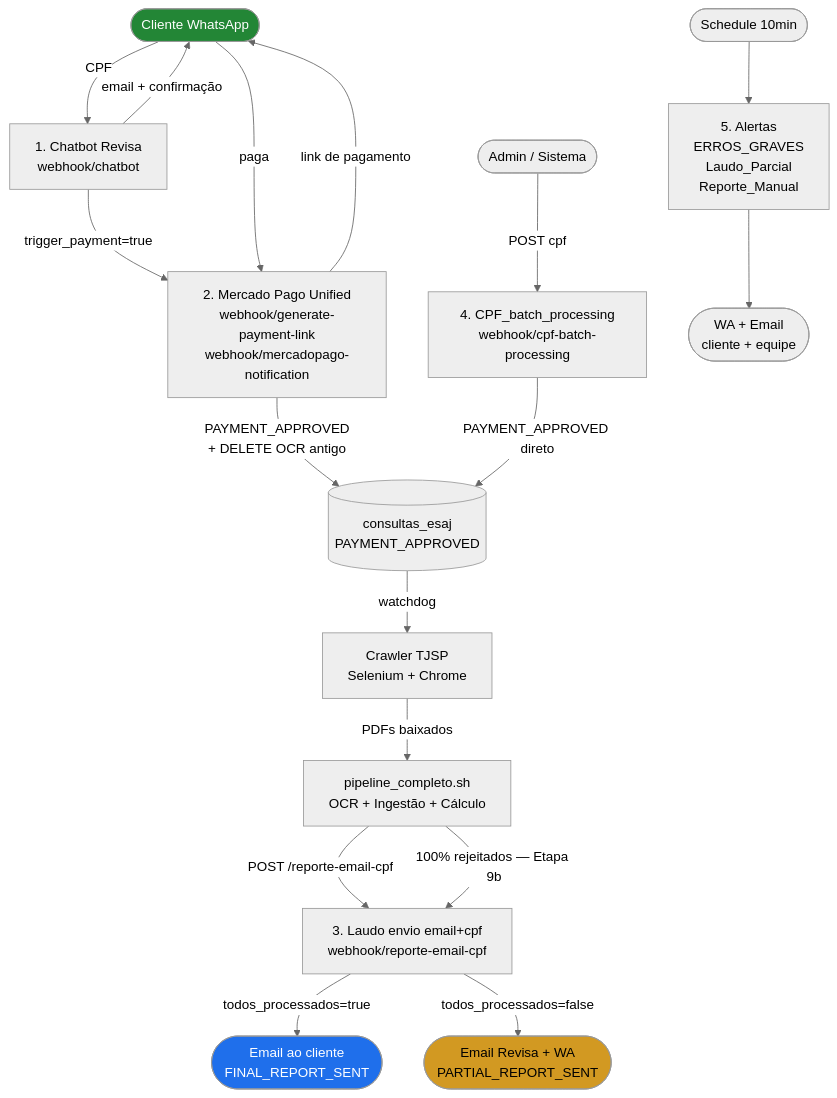
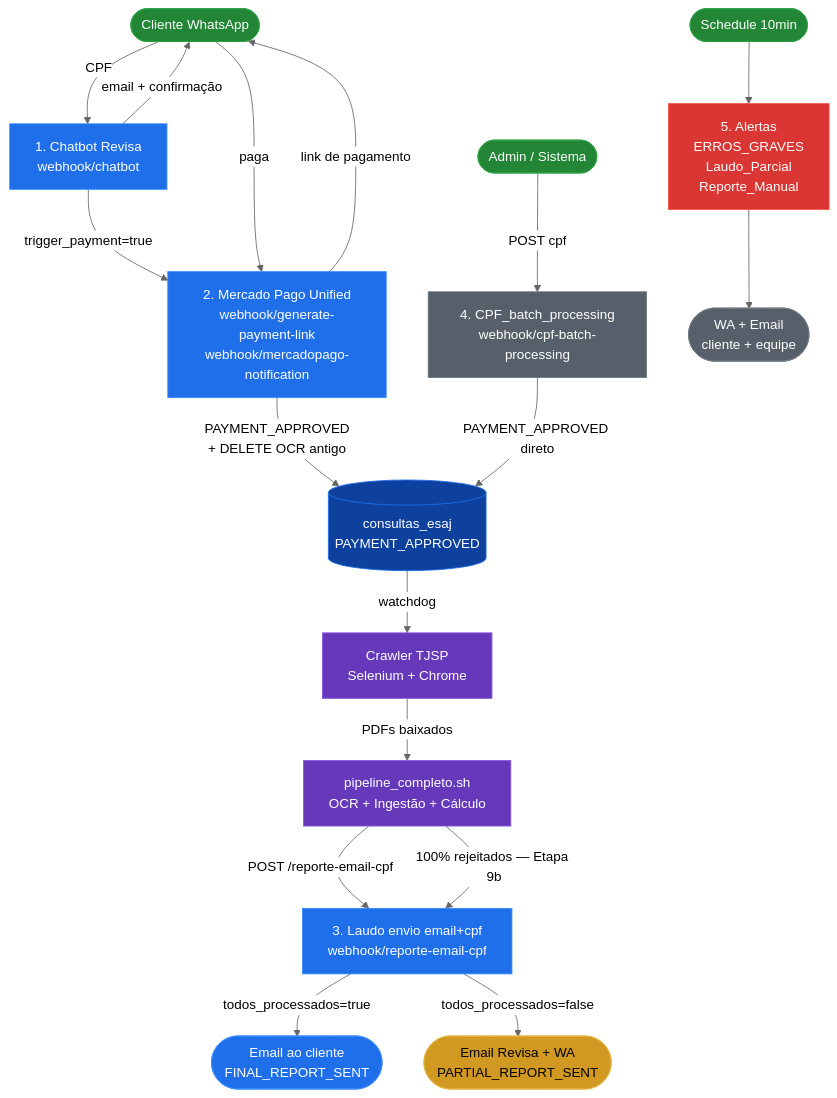
One commit to revisaprecatorio/n8n-source-code-docs changed the first of 2 diagrams in README.md. Above: the diagram before and after it, drawn with Mermaid (neutral theme).

Commit message:
fix: colore todos os nós do flowchart com classDef - elimina boxes brancos no GitHub dark mode

````diff
--- a/README.md
+++ b/README.md
@@ -26,42 +26,56 @@
 ```mermaid
 flowchart TD
     %% Fluxo principal — definido primeiro, ocupa centro/esquerda
     WA([Cliente WhatsApp])
     CW[1. Chatbot Revisa\nwebhook/chatbot]
     MP[2. Mercado Pago Unified\nwebhook/generate-payment-link\nwebhook/mercadopago-notification]
     DB[(consultas_esaj\nPAYMENT_APPROVED)]
     CR[Crawler TJSP\nSelenium + Chrome]
     OCR[pipeline_completo.sh\nOCR + Ingestão + Cálculo]
     LE[3. Laudo envio email+cpf\nwebhook/reporte-email-cpf]
     EMAIL([Email ao cliente\nFINAL_REPORT_SENT])
     PARCIAL([Email Revisa + WA\nPARTIAL_REPORT_SENT])
 
     WA -->|CPF| CW
     CW -->|email + confirmação| WA
     CW -->|trigger_payment=true| MP
     MP -->|link de pagamento| WA
     WA -->|paga| MP
     MP -->|PAYMENT_APPROVED\n+ DELETE OCR antigo| DB
     DB -->|watchdog| CR
     CR -->|PDFs baixados| OCR
     OCR -->|POST /reporte-email-cpf| LE
     OCR -->|100% rejeitados — Etapa 9b| LE
     LE -->|todos_processados=true| EMAIL
     LE -->|todos_processados=false| PARCIAL
 
     %% Admin batch — definido segundo, ocupa centro
     ADMIN([Admin / Sistema])
     BP[4. CPF_batch_processing\nwebhook/cpf-batch-processing]
     ADMIN -->|POST cpf| BP
     BP -->|PAYMENT_APPROVED direto| DB
 
     %% Monitoramento — definido por último → Dagre posiciona à direita
     SCHED([Schedule 10min])
     AG[5. Alertas\nERROS_GRAVES\nLaudo_Parcial\nReporte_Manual]
     NOTIF([WA + Email\ncliente + equipe])
     SCHED --> AG --> NOTIF
 
-    style WA fill:#238636,color:#fff
-    style EMAIL fill:#1f6feb,color:#fff
-    style PARCIAL fill:#d29922,color:#000
+    classDef entrada  fill:#238636,color:#fff,stroke:#2ea043
+    classDef workflow fill:#1f6feb,color:#fff,stroke:#388bfd
+    classDef infra    fill:#6639ba,color:#fff,stroke:#8957e5
+    classDef banco    fill:#0d419d,color:#fff,stroke:#1f6feb
+    classDef sucesso  fill:#1f6feb,color:#fff,stroke:#388bfd
+    classDef parcial  fill:#d29922,color:#000,stroke:#e3b341
+    classDef alerta   fill:#da3633,color:#fff,stroke:#f85149
+    classDef cinza    fill:#57606a,color:#fff,stroke:#6e7781
+
+    class WA,ADMIN,SCHED entrada
+    class CW,MP,LE workflow
+    class CR,OCR infra
+    class DB banco
+    class EMAIL sucesso
+    class PARCIAL parcial
+    class AG alerta
+    class BP,NOTIF cinza
 ```
````
